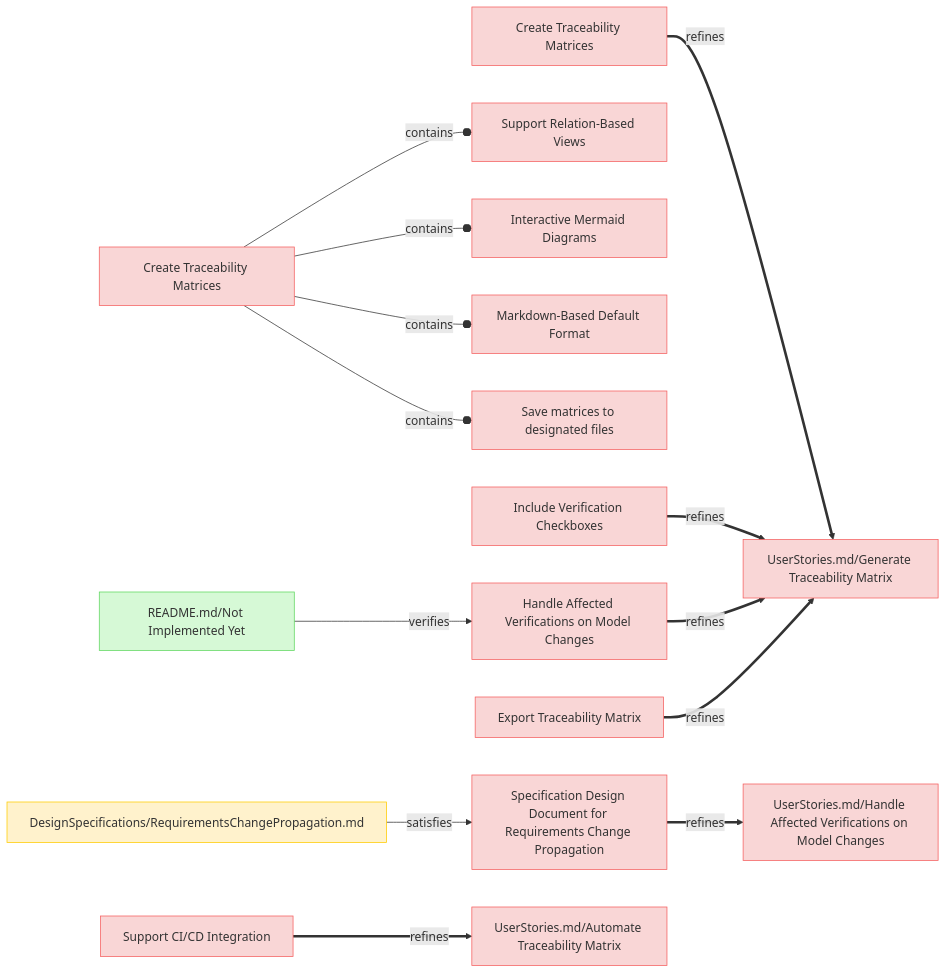
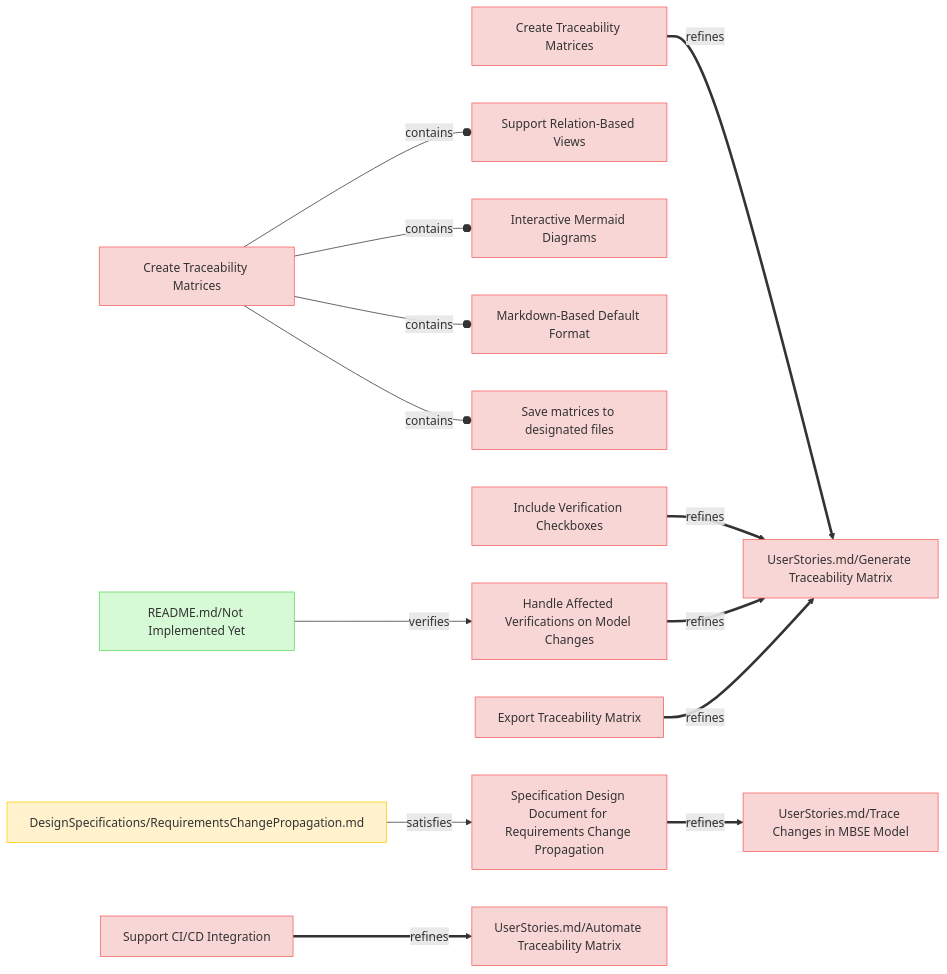
One commit to reqvire-org/reqvire changed diagram 11 of 11 in specifications/UserRequirements.md. Above: the diagram before and after it, drawn with Mermaid. The commit also changed other lines of this file and 31 other files, not shown here.

````diff
--- a/specifications/UserRequirements.md
+++ b/specifications/UserRequirements.md
@@ -767,71 +853,71 @@
 ```mermaid
 graph LR;
   %% Graph styling
   classDef requirement fill:#f9d6d6,stroke:#f55f5f,stroke-width:1px;
   classDef satisfies fill:#fff2cc,stroke:#ffcc00,stroke-width:1px;
   classDef verification fill:#d6f9d6,stroke:#5fd75f,stroke-width:1px;
   classDef externalLink fill:#d0e0ff,stroke:#3080ff,stroke-width:1px;
   classDef paragraph fill:#efefef,stroke:#999999,stroke-width:1px;
   classDef default fill:#f5f5f5,stroke:#333333,stroke-width:1px;
 
     Create_Traceability_Matrices["Create Traceability Matrices"];
     click Create_Traceability_Matrices "UserRequirements.md#create-traceability-matrices";
     class Create_Traceability_Matrices requirement;
-    Create_Traceability_Matrices ==>|refines| _UserStories_md_Generate_Traceability_Matrix__UserStories_html_generate_traceability_matrix_;
-    _UserStories_md_Generate_Traceability_Matrix__UserStories_html_generate_traceability_matrix_["UserStories.md/Generate Traceability Matrix"];
-    click _UserStories_md_Generate_Traceability_Matrix__UserStories_html_generate_traceability_matrix_ "UserStories.html#generate-traceability-matrix";
-    class _UserStories_md_Generate_Traceability_Matrix__UserStories_html_generate_traceability_matrix_ requirement;
+    Create_Traceability_Matrices ==>|refines| _UserStories_md_Generate_Traceability_Matrix__UserStories_md_generate_traceability_matrix_;
+    _UserStories_md_Generate_Traceability_Matrix__UserStories_md_generate_traceability_matrix_["UserStories.md/Generate Traceability Matrix"];
+    click _UserStories_md_Generate_Traceability_Matrix__UserStories_md_generate_traceability_matrix_ "UserStories.md#generate-traceability-matrix";
+    class _UserStories_md_Generate_Traceability_Matrix__UserStories_md_generate_traceability_matrix_ requirement;
     Support_Relation_Based_Views["Support Relation-Based Views"];
     click Support_Relation_Based_Views "UserRequirements.md#support-relation-based-views";
     class Support_Relation_Based_Views requirement;
     _Create_Traceability_Matrices___create_traceability_matrices_ --o|contains| Support_Relation_Based_Views;
     _Create_Traceability_Matrices___create_traceability_matrices_["Create Traceability Matrices"];
     click _Create_Traceability_Matrices___create_traceability_matrices_ "#create-traceability-matrices";
     class _Create_Traceability_Matrices___create_traceability_matrices_ requirement;
     Interactive_Mermaid_Diagrams["Interactive Mermaid Diagrams"];
     click Interactive_Mermaid_Diagrams "UserRequirements.md#interactive-mermaid-diagrams";
     class Interactive_Mermaid_Diagrams requirement;
     _Create_Traceability_Matrices___create_traceability_matrices_ --o|contains| Interactive_Mermaid_Diagrams;
     Markdown_Based_Default_Format["Markdown-Based Default Format"];
     click Markdown_Based_Default_Format "UserRequirements.md#markdown-based-default-format";
     class Markdown_Based_Default_Format requirement;
     _Create_Traceability_Matrices___create_traceability_matrices_ --o|contains| Markdown_Based_Default_Format;
     Save_matrices_to_designated_files["Save matrices to designated files"];
     click Save_matrices_to_designated_files "UserRequirements.md#save-matrices-to-designated-files";
     class Save_matrices_to_designated_files requirement;
     _Create_Traceability_Matrices___create_traceability_matrices_ --o|contains| Save_matrices_to_designated_files;
     Include_Verification_Checkboxes["Include Verification Checkboxes"];
     click Include_Verification_Checkboxes "UserRequirements.md#include-verification-checkboxes";
     class Include_Verification_Checkboxes requirement;
-    Include_Verification_Checkboxes ==>|refines| _UserStories_md_Generate_Traceability_Matrix__UserStories_html_generate_traceability_matrix_;
+    Include_Verification_Checkboxes ==>|refines| _UserStories_md_Generate_Traceability_Matrix__UserStories_md_generate_traceability_matrix_;
     Handle_Affected_Verifications_on_Model_Changes["Handle Affected Verifications on Model Changes"];
     click Handle_Affected_Verifications_on_Model_Changes "UserRequirements.md#handle-affected-verifications-on-model-changes";
     class Handle_Affected_Verifications_on_Model_Changes requirement;
-    Handle_Affected_Verifications_on_Model_Changes ==>|refines| _UserStories_md_Generate_Traceability_Matrix__UserStories_html_generate_traceability_matrix_;
-    _README_md_Not_Implemented_Yet__README_html_not_implemented_yet_ -->|verifies| Handle_Affected_Verifications_on_Model_Changes;
-    _README_md_Not_Implemented_Yet__README_html_not_implemented_yet_["README.md/Not Implemented Yet"];
-    click _README_md_Not_Implemented_Yet__README_html_not_implemented_yet_ "README.html#not-implemented-yet";
-    class _README_md_Not_Implemented_Yet__README_html_not_implemented_yet_ verification;
+    Handle_Affected_Verifications_on_Model_Changes ==>|refines| _UserStories_md_Generate_Traceability_Matrix__UserStories_md_generate_traceability_matrix_;
+    _README_md_Not_Implemented_Yet__README_md_not_implemented_yet_ -->|verifies| Handle_Affected_Verifications_on_Model_Changes;
+    _README_md_Not_Implemented_Yet__README_md_not_implemented_yet_["README.md/Not Implemented Yet"];
+    click _README_md_Not_Implemented_Yet__README_md_not_implemented_yet_ "README.md#not-implemented-yet";
+    class _README_md_Not_Implemented_Yet__README_md_not_implemented_yet_ verification;
     Specification_Design_Document_for_Requirements_Change_Propagation["Specification Design Document for Requirements Change Propagation"];
     click Specification_Design_Document_for_Requirements_Change_Propagation "UserRequirements.md#specification-design-document-for-requirements-change-propagation";
     class Specification_Design_Document_for_Requirements_Change_Propagation requirement;
-    Specification_Design_Document_for_Requirements_Change_Propagation ==>|refines| _UserStories_md_Handle_Affected_Verifications_on_Model_Changes__UserStories_html_handle_affected_verifications_on_model_changes_;
-    _UserStories_md_Handle_Affected_Verifications_on_Model_Changes__UserStories_html_handle_affected_verifications_on_model_changes_["UserStories.md/Handle Affected Verifications on Model Changes"];
-    click _UserStories_md_Handle_Affected_Verifications_on_Model_Changes__UserStories_html_handle_affected_verifications_on_model_changes_ "UserStories.html#handle-affected-verifications-on-model-changes";
-    class _UserStories_md_Handle_Affected_Verifications_on_Model_Changes__UserStories_html_handle_affected_verifications_on_model_changes_ requirement;
-    _DesignSpecifications_RequirementsChangePropagation_md__DesignSpecifications_RequirementsChangePropagation_html_ -->|satisfies| Specification_Design_Document_for_Requirements_Change_Propagation;
-    _DesignSpecifications_RequirementsChangePropagation_md__DesignSpecifications_RequirementsChangePropagation_html_["DesignSpecifications/RequirementsChangePropagation.md"];
-    click _DesignSpecifications_RequirementsChangePropagation_md__DesignSpecifications_RequirementsChangePropagation_html_ "DesignSpecifications/RequirementsChangePropagation.html";
-    class _DesignSpecifications_RequirementsChangePropagation_md__DesignSpecifications_RequirementsChangePropagation_html_ satisfies;
+    Specification_Design_Document_for_Requirements_Change_Propagation ==>|refines| _UserStories_md_Trace_Changes_in_MBSE_Model__UserStories_md_trace_changes_in_mbse_model_;
+    _UserStories_md_Trace_Changes_in_MBSE_Model__UserStories_md_trace_changes_in_mbse_model_["UserStories.md/Trace Changes in MBSE Model"];
+    click _UserStories_md_Trace_Changes_in_MBSE_Model__UserStories_md_trace_changes_in_mbse_model_ "UserStories.md#trace-changes-in-mbse-model";
+    class _UserStories_md_Trace_Changes_in_MBSE_Model__UserStories_md_trace_changes_in_mbse_model_ requirement;
+    _DesignSpecifications_RequirementsChangePropagation_md__DesignSpecifications_RequirementsChangePropagation_md_ -->|satisfies| Specification_Design_Document_for_Requirements_Change_Propagation;
+    _DesignSpecifications_RequirementsChangePropagation_md__DesignSpecifications_RequirementsChangePropagation_md_["DesignSpecifications/RequirementsChangePropagation.md"];
+    click _DesignSpecifications_RequirementsChangePropagation_md__DesignSpecifications_RequirementsChangePropagation_md_ "DesignSpecifications/RequirementsChangePropagation.md";
+    class _DesignSpecifications_RequirementsChangePropagation_md__DesignSpecifications_RequirementsChangePropagation_md_ satisfies;
     Export_Traceability_Matrix["Export Traceability Matrix"];
     click Export_Traceability_Matrix "UserRequirements.md#export-traceability-matrix";
     class Export_Traceability_Matrix requirement;
-    Export_Traceability_Matrix ==>|refines| _UserStories_md_Generate_Traceability_Matrix__UserStories_html_generate_traceability_matrix_;
+    Export_Traceability_Matrix ==>|refines| _UserStories_md_Generate_Traceability_Matrix__UserStories_md_generate_traceability_matrix_;
     Support_CI_CD_Integration["Support CI/CD Integration"];
     click Support_CI_CD_Integration "UserRequirements.md#support-ci/cd-integration";
     class Support_CI_CD_Integration requirement;
-    Support_CI_CD_Integration ==>|refines| _UserStories_md_Automate_Traceability_Matrix__UserStories_html_automate_traceability_matrix_;
-    _UserStories_md_Automate_Traceability_Matrix__UserStories_html_automate_traceability_matrix_["UserStories.md/Automate Traceability Matrix"];
-    click _UserStories_md_Automate_Traceability_Matrix__UserStories_html_automate_traceability_matrix_ "UserStories.html#automate-traceability-matrix";
-    class _UserStories_md_Automate_Traceability_Matrix__UserStories_html_automate_traceability_matrix_ requirement;
+    Support_CI_CD_Integration ==>|refines| _UserStories_md_Automate_Traceability_Matrix__UserStories_md_generate_traceability_matrix_;
+    _UserStories_md_Automate_Traceability_Matrix__UserStories_md_generate_traceability_matrix_["UserStories.md/Automate Traceability Matrix"];
+    click _UserStories_md_Automate_Traceability_Matrix__UserStories_md_generate_traceability_matrix_ "UserStories.md#generate-traceability-matrix";
+    class _UserStories_md_Automate_Traceability_Matrix__UserStories_md_generate_traceability_matrix_ requirement;
 ```
````
